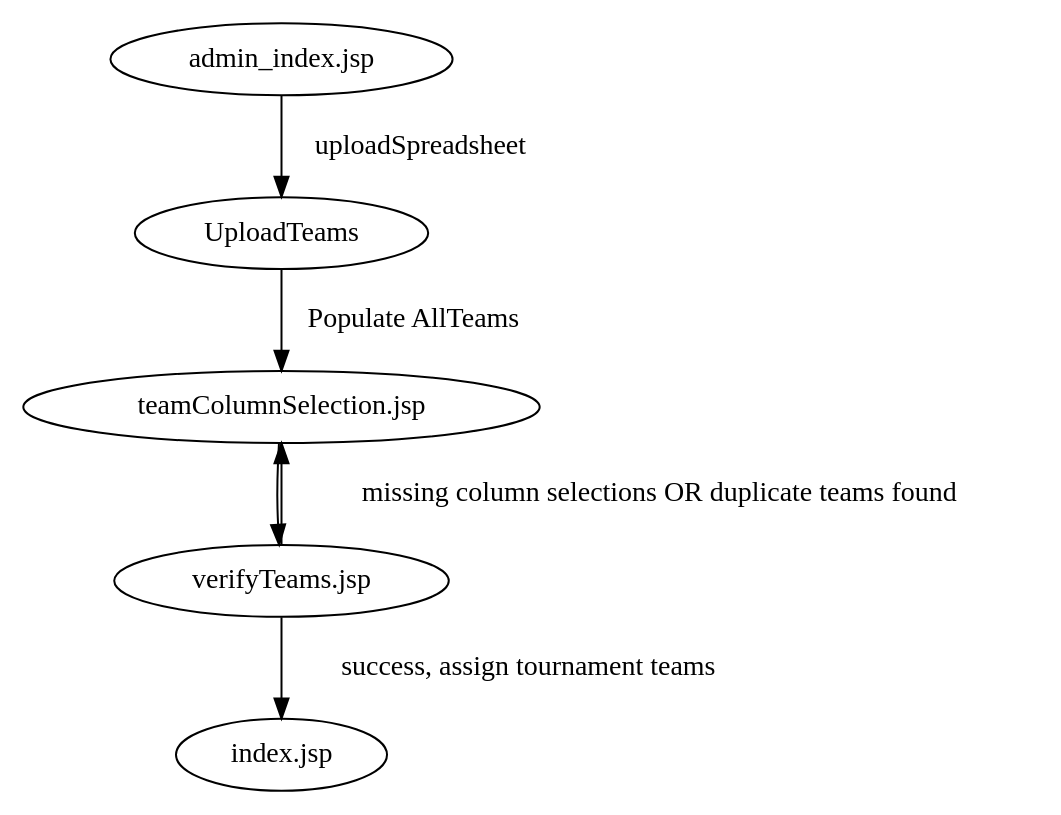
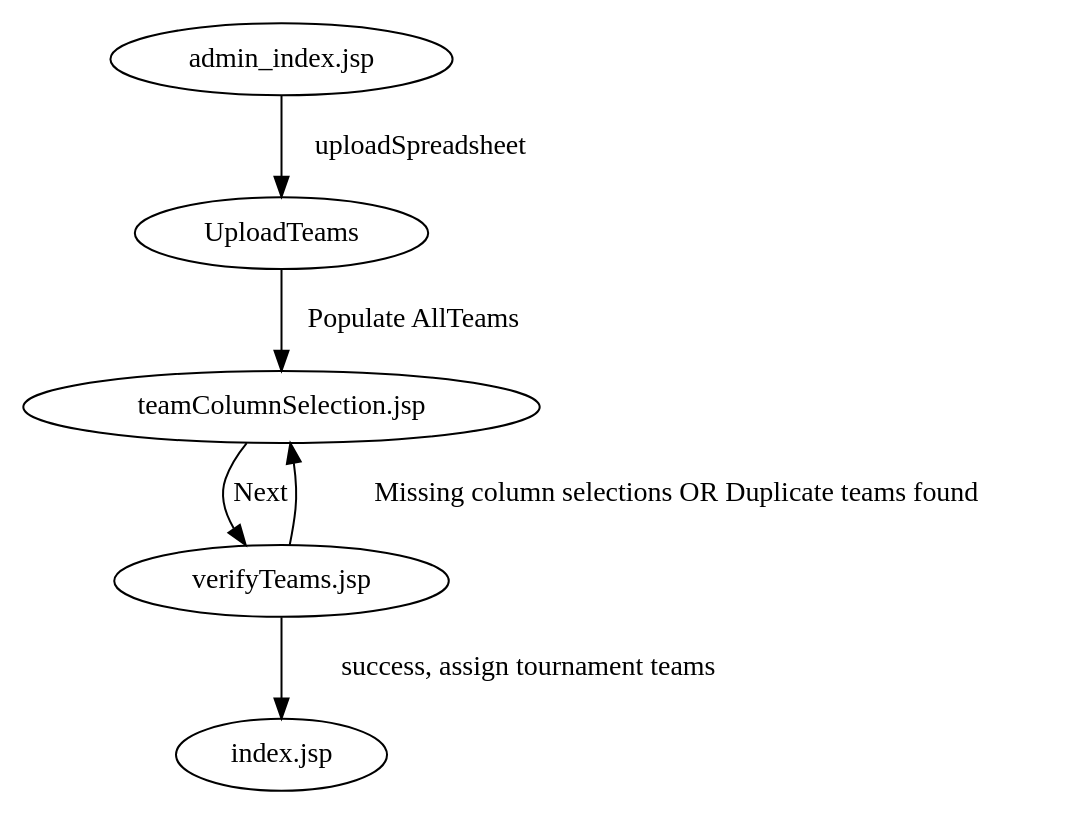
One commit to jpschewe/fll-sw changed the diagram in scoring/docs/workflows/upload-teams.dot. Above: the diagram before and after it, drawn with Graphviz.

Commit message:
Make upload teams workflow a little easier to read
task #505: Notes from Meeting at HighTechKids
http://github.com/jpschewe/fll-sw/issues/issue/505

```diff
--- a/scoring/docs/workflows/upload-teams.dot
+++ b/scoring/docs/workflows/upload-teams.dot
@@ -1,13 +1,13 @@
 digraph upload_teams {
 
 "admin_index.jsp" -> UploadTeams [label="uploadSpreadsheet"];
 
 UploadTeams -> "teamColumnSelection.jsp" [label="Populate AllTeams"];
 
-"teamColumnSelection.jsp" -> "verifyTeams.jsp";
+"teamColumnSelection.jsp" -> "verifyTeams.jsp" [label="Next"];
 
-"verifyTeams.jsp" -> "teamColumnSelection.jsp" [label="missing column selections OR duplicate teams found"];
+"verifyTeams.jsp" -> "teamColumnSelection.jsp" [label="Missing column selections OR Duplicate teams found"];
 
 "verifyTeams.jsp" -> "index.jsp" [label="success, assign tournament teams"];
 
 }
```
